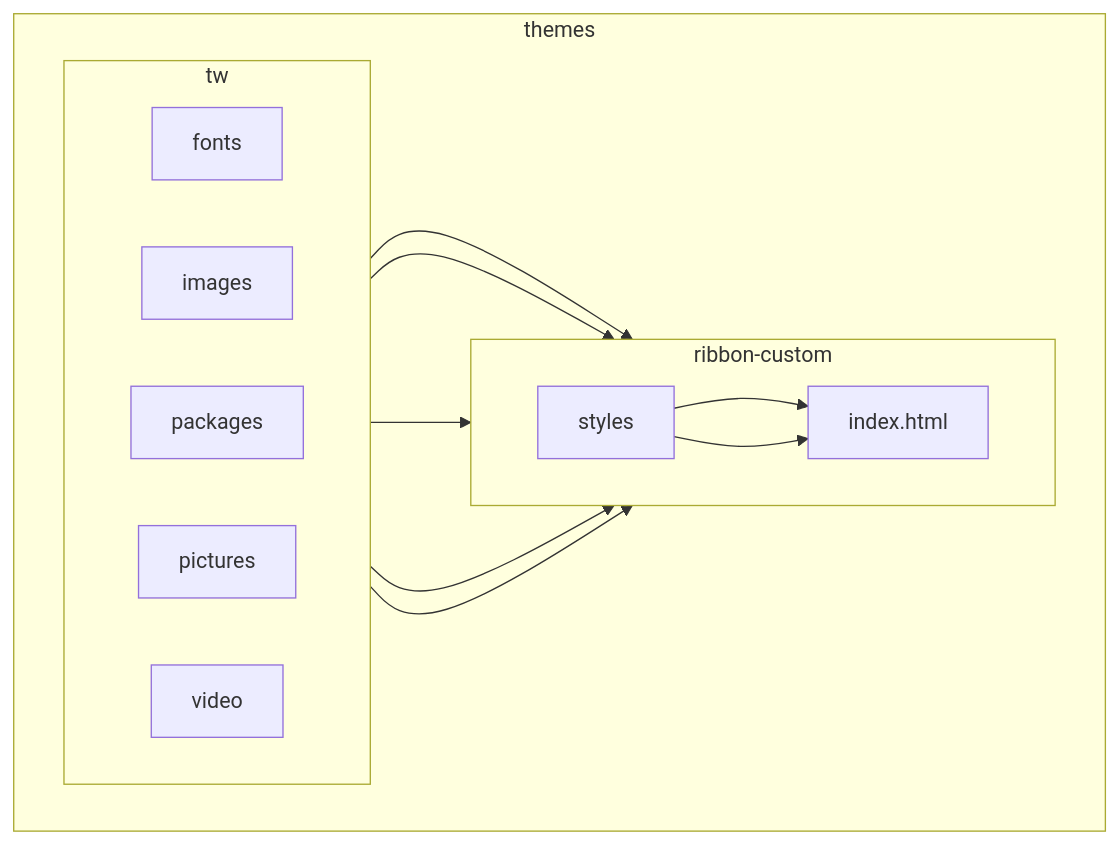
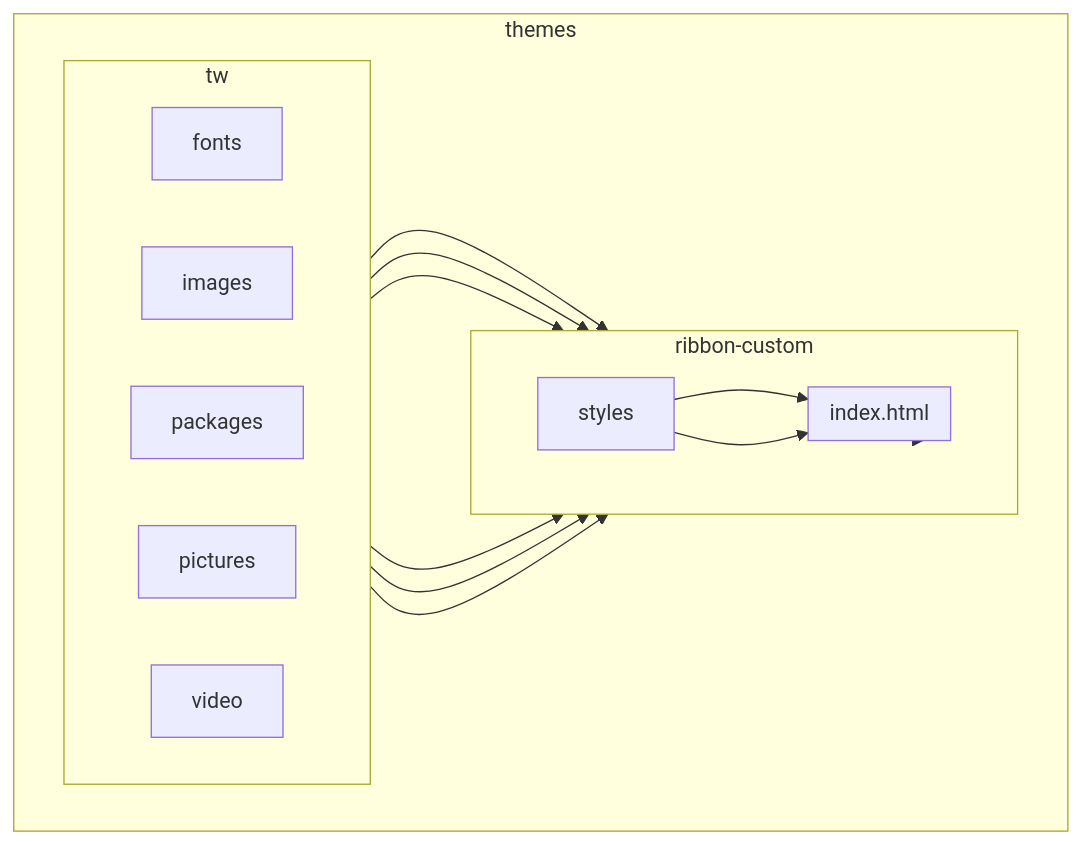
The diagram in docs/structure.md (d-rusakov-wp/perf), drawn with Mermaid before and after one commit. The commit also changed 1 other file, not shown here.

Commit message:
fix(errors): исправил ошибки

````diff
--- a/docs/structure.md
+++ b/docs/structure.md
@@ -1,23 +1,27 @@
 ```mermaid
 flowchart TB
   subgraph themes
     direction LR
+    ribbon-custom --> index.html
+    tw --> index.html
 
     subgraph ribbon-custom
       direction LR
 
       styles --> index.html
     end
 
     subgraph tw
       direction LR
 
       fonts --> styles
       images --> index.html
       packages --> index.html
       pictures --> index.html
       styles --> index.html
       video --> index.html
     end
   end
+  subgraph index.html
+  end
 ```
````
